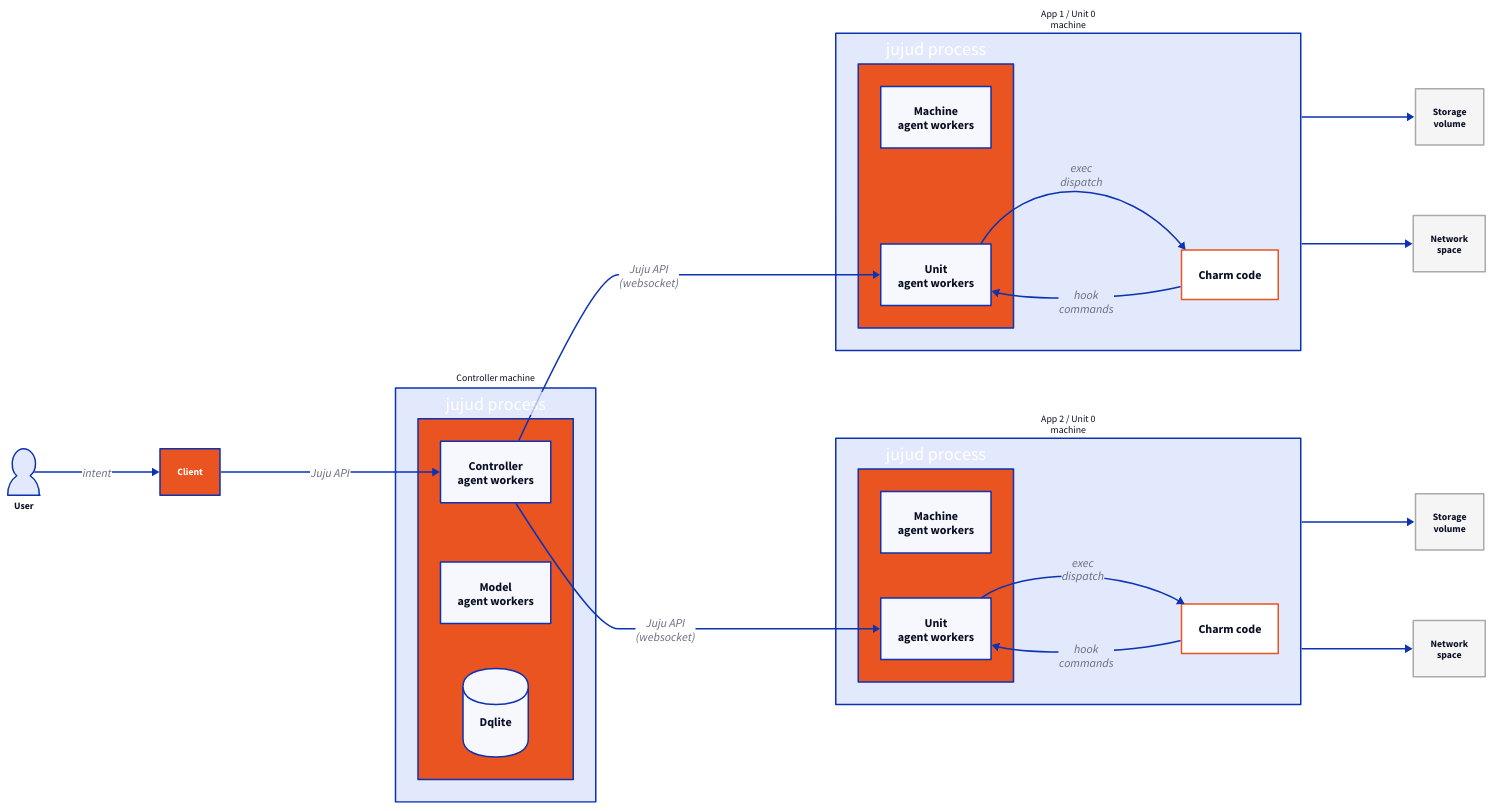
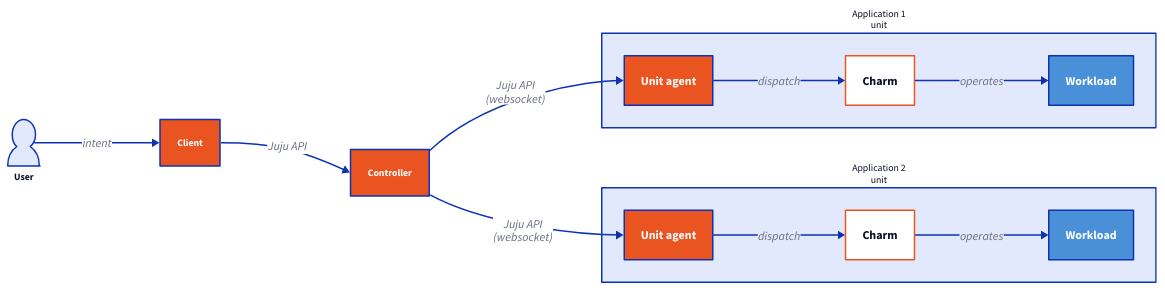
Before and after one commit to juju/juju: the first of 10 diagrams in docs/explanation/architecture.md, drawn with D2. The commit also changed other lines of this file, not shown here.

First line of the commit message:
docs(architecture): replace deployment diagrams with single control flow diagram

````diff
--- a/docs/explanation/architecture.md
+++ b/docs/explanation/architecture.md
@@ -198,66 +64,56 @@
 ```{d2}
 direction: right
 *.style.font-size: 13
 
 user.shape: person
 user.label: "User"
 
 client: "Client" {
   style.fill: "#E95420"
   style.font-color: white
 }
 
-controller_machine: "Controller machine" {
-  jujud_ctrl: "jujud process" {
+controller: "Controller" {
+  style.fill: "#E95420"
+  style.font-color: white
+}
+
+app1: "Application 1\nunit" {
+  unit_agent: "Unit agent" {
     style.fill: "#E95420"
     style.font-color: white
-    ca: "Controller\nagent workers"
-    ma: "Model\nagent workers"
-    db: "Dqlite" {shape: cylinder}
   }
-}
-
-app1_machine: "App 1 / Unit 0\nmachine" {
-  jujud_unit: "jujud process" {
-    style.fill: "#E95420"
-    style.font-color: white
-    mach_a: "Machine\nagent workers"
-    unit_a: "Unit\nagent workers"
-  }
-  charm: "Charm code" {
+  charm: "Charm" {
     style.fill: white
     style.stroke: "#E95420"
   }
+  workload: "Workload" {
+    style.fill: "#4A90D9"
+    style.font-color: white
+  }
+  unit_agent -> charm: "dispatch"
+  charm -> workload: "operates"
 }
 
-app2_machine: "App 2 / Unit 0\nmachine" {
-  jujud_unit: "jujud process" {
+app2: "Application 2\nunit" {
+  unit_agent: "Unit agent" {
     style.fill: "#E95420"
     style.font-color: white
-    mach_a: "Machine\nagent workers"
-    unit_a: "Unit\nagent workers"
   }
-  charm: "Charm code" {
+  charm: "Charm" {
     style.fill: white
     style.stroke: "#E95420"
   }
+  workload: "Workload" {
+    style.fill: "#4A90D9"
+    style.font-color: white
+  }
+  unit_agent -> charm: "dispatch"
+  charm -> workload: "operates"
 }
 
-storage1: "Storage\nvolume" {style.stroke: "#AAA"; style.fill: "#F5F5F5"}
-network1: "Network\nspace" {style.stroke: "#AAA"; style.fill: "#F5F5F5"}
-storage2: "Storage\nvolume" {style.stroke: "#AAA"; style.fill: "#F5F5F5"}
-network2: "Network\nspace" {style.stroke: "#AAA"; style.fill: "#F5F5F5"}
-
 user -> client: "intent"
-client -> controller_machine.jujud_ctrl.ca: "Juju API"
-controller_machine.jujud_ctrl.ca -> app1_machine.jujud_unit.unit_a: "Juju API\n(websocket)"
-controller_machine.jujud_ctrl.ca -> app2_machine.jujud_unit.unit_a: "Juju API\n(websocket)"
-app1_machine.jujud_unit.unit_a -> app1_machine.charm: "exec\ndispatch"
-app1_machine.charm -> app1_machine.jujud_unit.unit_a: "hook\ncommands"
-app2_machine.jujud_unit.unit_a -> app2_machine.charm: "exec\ndispatch"
-app2_machine.charm -> app2_machine.jujud_unit.unit_a: "hook\ncommands"
-app1_machine -> storage1
-app1_machine -> network1
-app2_machine -> storage2
-app2_machine -> network2
+client -> controller: "Juju API"
+controller -> app1.unit_agent: "Juju API\n(websocket)"
+controller -> app2.unit_agent: "Juju API\n(websocket)"
 ```
````
